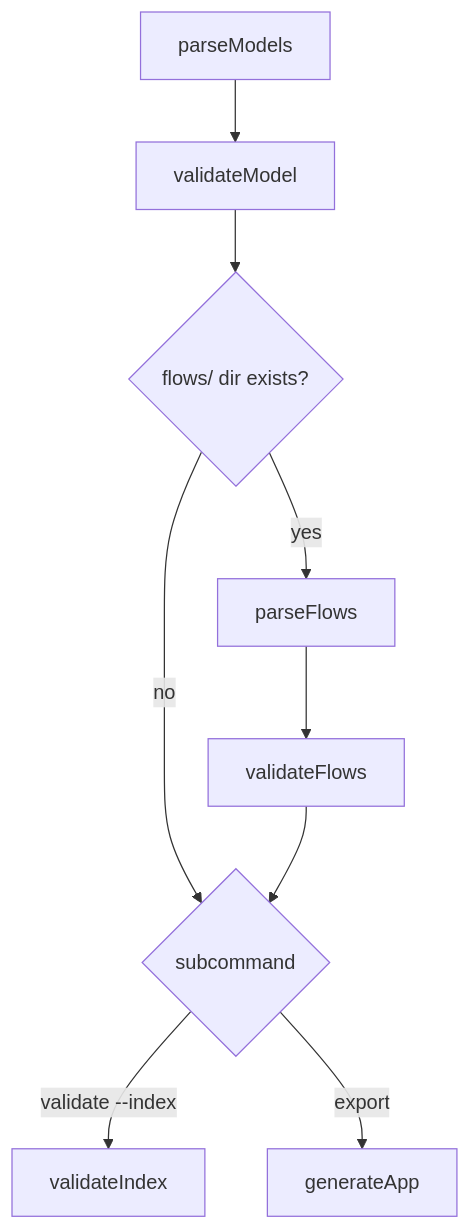
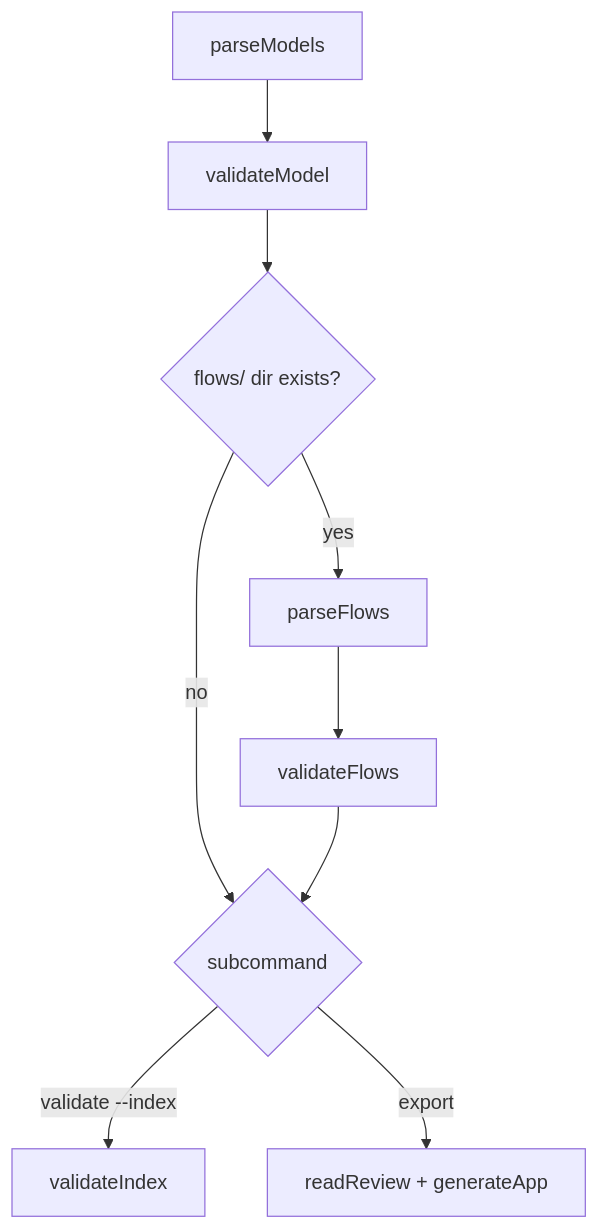
Before and after one commit to noormdev/ignatius: the second of 6 diagrams in docs/wiki/cli.md, drawn with Mermaid. The commit also changed other lines of this file and 95 other files, not shown here.

First line of the commit message:
feat(viewer): settings, Mermaid, export as seen

````diff
--- a/docs/wiki/cli.md
+++ b/docs/wiki/cli.md
@@ -51,10 +51,10 @@
 ```mermaid
 flowchart TD
     A[parseModels] --> B[validateModel]
     B --> C{flows/ dir exists?}
     C -->|yes| D[parseFlows] --> E[validateFlows]
     C -->|no| F{subcommand}
     E --> F
     F -->|"validate --index"| G[validateIndex]
-    F -->|export| H[generateApp]
+    F -->|export| H["readReview + generateApp"]
 ```
````
